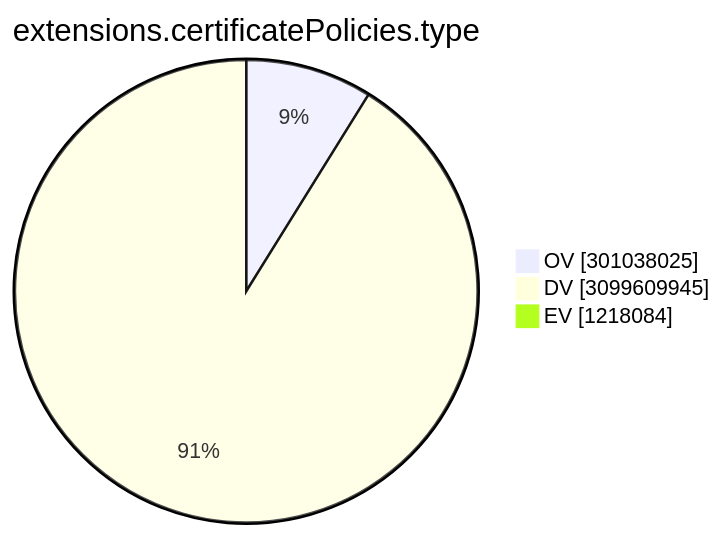
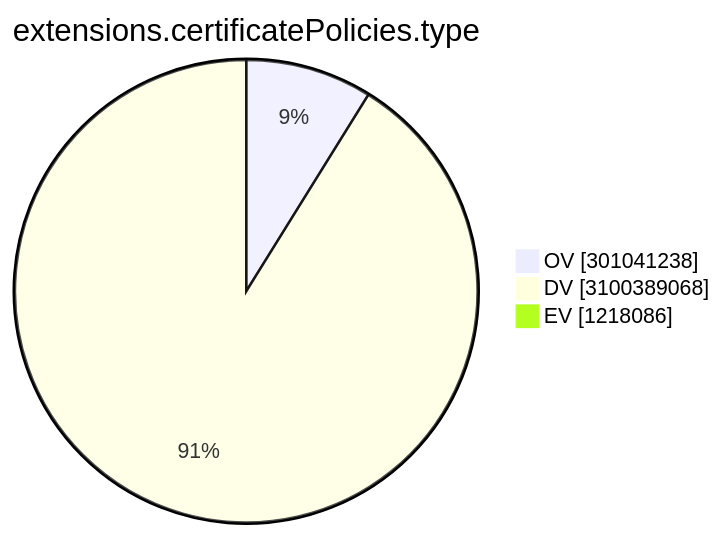
Before and after one commit to christiankrug/ctmonitor_visualization: the ninth of 15 diagrams in TOTAL/README.md, drawn with Mermaid. The commit also changed other lines of this file, not shown here.

````diff
--- a/TOTAL/README.md
+++ b/TOTAL/README.md
@@ -3103,7 +3103,7 @@
 ```mermaid
 pie showData
 title extensions.certificatePolicies.type
-"OV" :301038025
-"DV" :3099609945
-"EV" :1218084
+"OV" :301041238
+"DV" :3100389068
+"EV" :1218086
 ```
````
